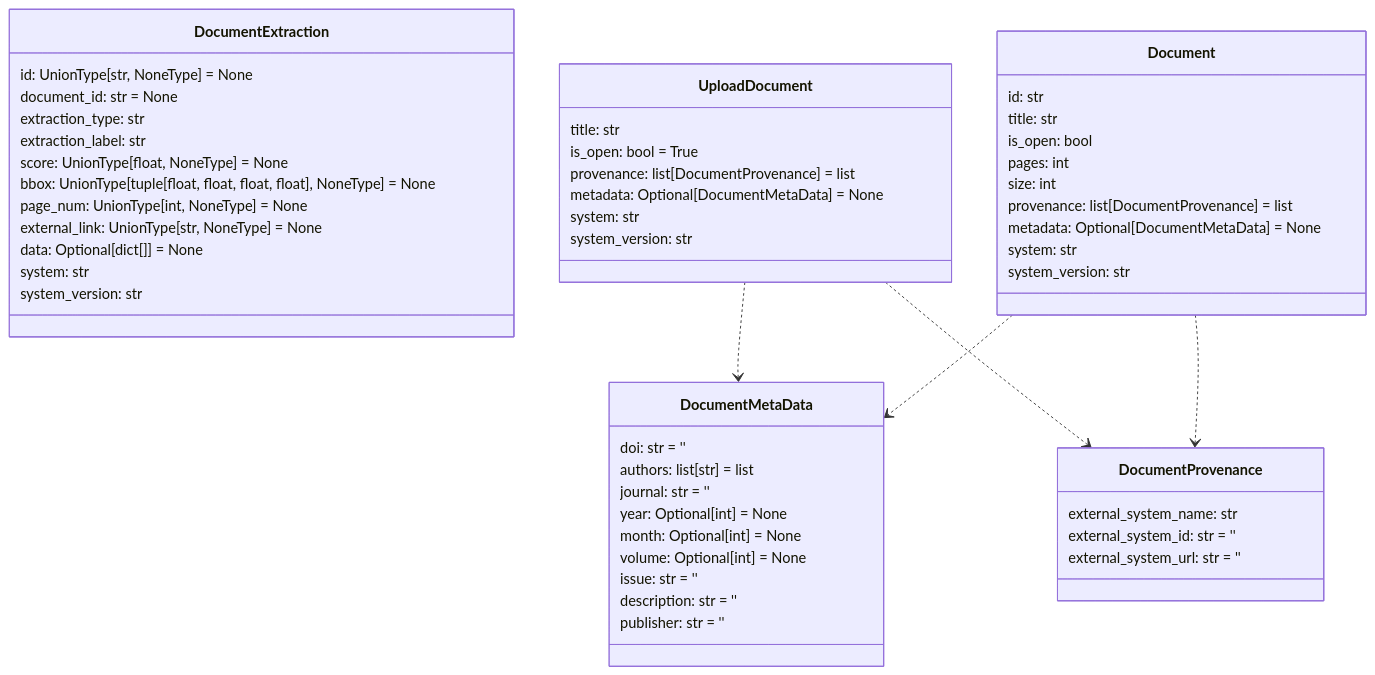
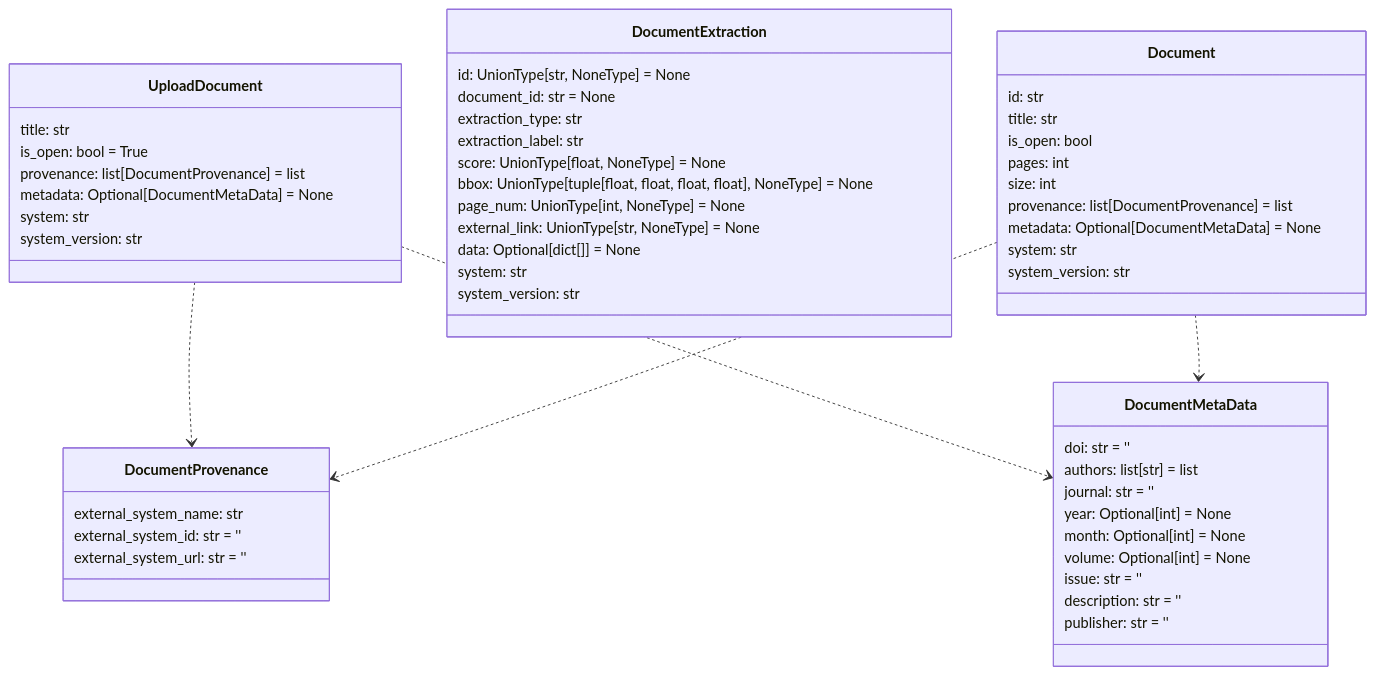
One commit to DARPA-CRITICALMAAS/cdr_schemas changed the ninth of 12 diagrams in README.md. Above: the diagram before and after it, drawn with Mermaid. The commit also changed other lines of this file and 1 other file, not shown here.

Commit message:
bump version (#29)

````diff
--- a/README.md
+++ b/README.md
@@ -667,63 +667,63 @@
 ```mermaid
 classDiagram
 
-    class DocumentMetaData {
-        doi: str = ''
-        authors: list[str] = list
-        journal: str = ''
-        year: Optional[int] = None
-        month: Optional[int] = None
-        volume: Optional[int] = None
-        issue: str = ''
-        description: str = ''
-        publisher: str = ''
+    class DocumentProvenance {
+        external_system_name: str
+        external_system_id: str = ''
+        external_system_url: str = ''
+    }
+
+    class UploadDocument {
+        title: str
+        is_open: bool = True
+        provenance: list[DocumentProvenance] = list
+        metadata: Optional[DocumentMetaData] = None
+        system: str
+        system_version: str
     }
 
     class DocumentExtraction {
         id: UnionType[str, NoneType] = None
         document_id: str = None
         extraction_type: str
         extraction_label: str
         score: UnionType[float, NoneType] = None
         bbox: UnionType[tuple[float, float, float, float], NoneType] = None
         page_num: UnionType[int, NoneType] = None
         external_link: UnionType[str, NoneType] = None
         data: Optional[dict[]] = None
         system: str
         system_version: str
     }
 
-    class UploadDocument {
-        title: str
-        is_open: bool = True
-        provenance: list[DocumentProvenance] = list
-        metadata: Optional[DocumentMetaData] = None
-        system: str
-        system_version: str
-    }
-
-    class DocumentProvenance {
-        external_system_name: str
-        external_system_id: str = ''
-        external_system_url: str = ''
-    }
-
     class Document {
         id: str
         title: str
         is_open: bool
         pages: int
         size: int
         provenance: list[DocumentProvenance] = list
         metadata: Optional[DocumentMetaData] = None
         system: str
         system_version: str
     }
 
+    class DocumentMetaData {
+        doi: str = ''
+        authors: list[str] = list
+        journal: str = ''
+        year: Optional[int] = None
+        month: Optional[int] = None
+        volume: Optional[int] = None
+        issue: str = ''
+        description: str = ''
+        publisher: str = ''
+    }
+
+    UploadDocument ..> DocumentProvenance
     UploadDocument ..> DocumentMetaData
-    UploadDocument ..> DocumentProvenance
+    Document ..> DocumentProvenance
     Document ..> DocumentMetaData
-    Document ..> DocumentProvenance
 
 
 ```
````
